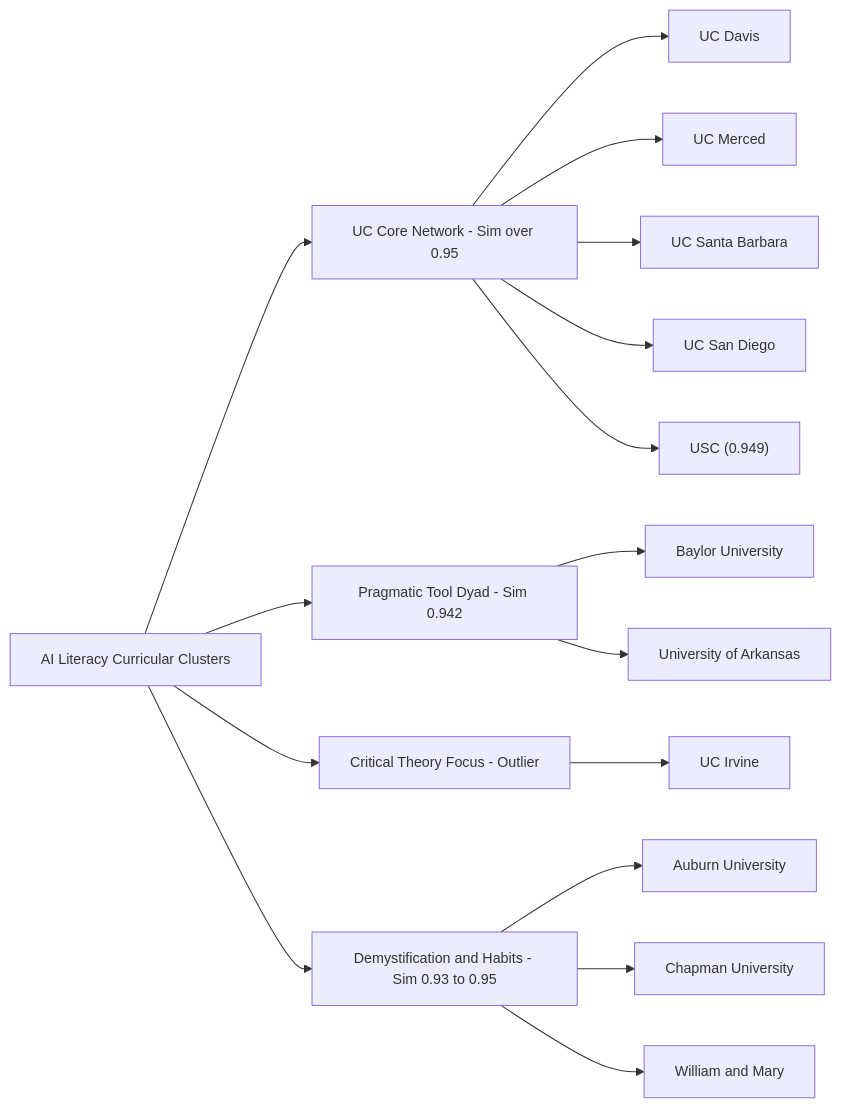
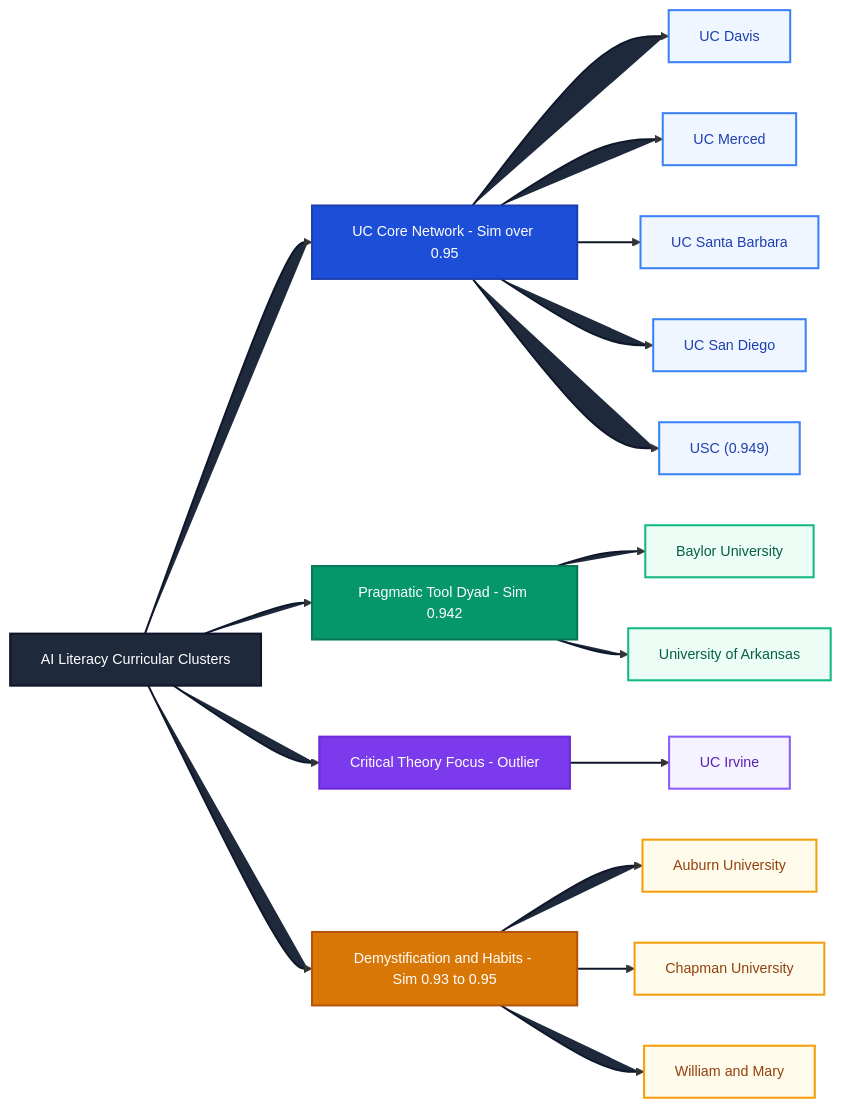
The diagram in chapters/06-similarity-clusters.qmd (UCSB-Library-Research-Data-Services/AI-Literacy), drawn with Mermaid before and after one commit. The commit also changed 16 other files, not shown here.

First line of the commit message:
Refactor Mermaid styles and enhance flowchart definitions

````diff
--- a/chapters/06-similarity-clusters.qmd
+++ b/chapters/06-similarity-clusters.qmd
@@ -51,26 +51,46 @@
 ```{mermaid}
 %%| fig-cap: "Institutional Alignment and Curricular Networks"
 %%{init: {'flowchart': {'htmlLabels': false}, 'themeVariables': {'fontSize': '14px'}}}%%
 flowchart LR
     ALL["AI Literacy Curricular Clusters"]
 
     ALL --> UC["UC Core Network - Sim over 0.95"]
     ALL --> TD["Pragmatic Tool Dyad - Sim 0.942"]
     ALL --> CO["Critical Theory Focus - Outlier"]
     ALL --> DH["Demystification and Habits - Sim 0.93 to 0.95"]
 
     UC --> U1["UC Davis"]
     UC --> U2["UC Merced"]
     UC --> U3["UC Santa Barbara"]
     UC --> U4["UC San Diego"]
     UC --> U5["USC (0.949)"]
 
     TD --> T1["Baylor University"]
     TD --> T2["University of Arkansas"]
 
     CO --> C1["UC Irvine"]
 
     DH --> D1["Auburn University"]
     DH --> D2["Chapman University"]
     DH --> D3["William and Mary"]
+
+    classDef root fill:#1e293b,stroke:#0f172a,stroke-width:2px,color:#ffffff;
+    classDef ucHeader fill:#1d4ed8,stroke:#1e40af,stroke-width:2px,color:#ffffff;
+    classDef ucNode fill:#eff6ff,stroke:#3b82f6,stroke-width:2px,color:#1e40af;
+    classDef toolHeader fill:#059669,stroke:#047857,stroke-width:2px,color:#ffffff;
+    classDef toolNode fill:#ecfdf5,stroke:#10b981,stroke-width:2px,color:#065f46;
+    classDef critHeader fill:#7c3aed,stroke:#6d28d9,stroke-width:2px,color:#ffffff;
+    classDef critNode fill:#f5f3ff,stroke:#8b5cf6,stroke-width:2px,color:#5b21b6;
+    classDef demystHeader fill:#d97706,stroke:#b45309,stroke-width:2px,color:#ffffff;
+    classDef demystNode fill:#fffbeb,stroke:#f59e0b,stroke-width:2px,color:#92400e;
+
+    class ALL root;
+    class UC ucHeader;
+    class U1,U2,U3,U4,U5 ucNode;
+    class TD toolHeader;
+    class T1,T2 toolNode;
+    class CO critHeader;
+    class C1 critNode;
+    class DH demystHeader;
+    class D1,D2,D3 demystNode;
 ```
````
